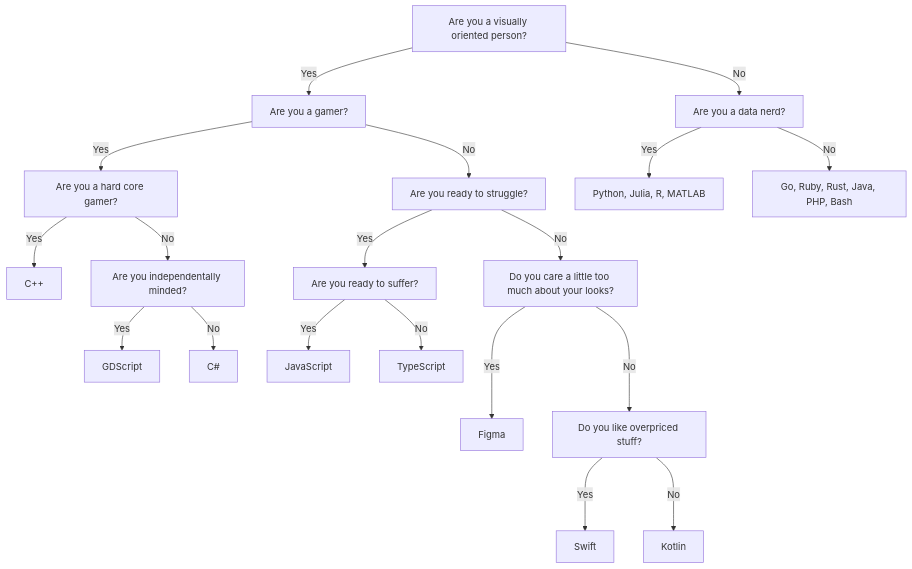
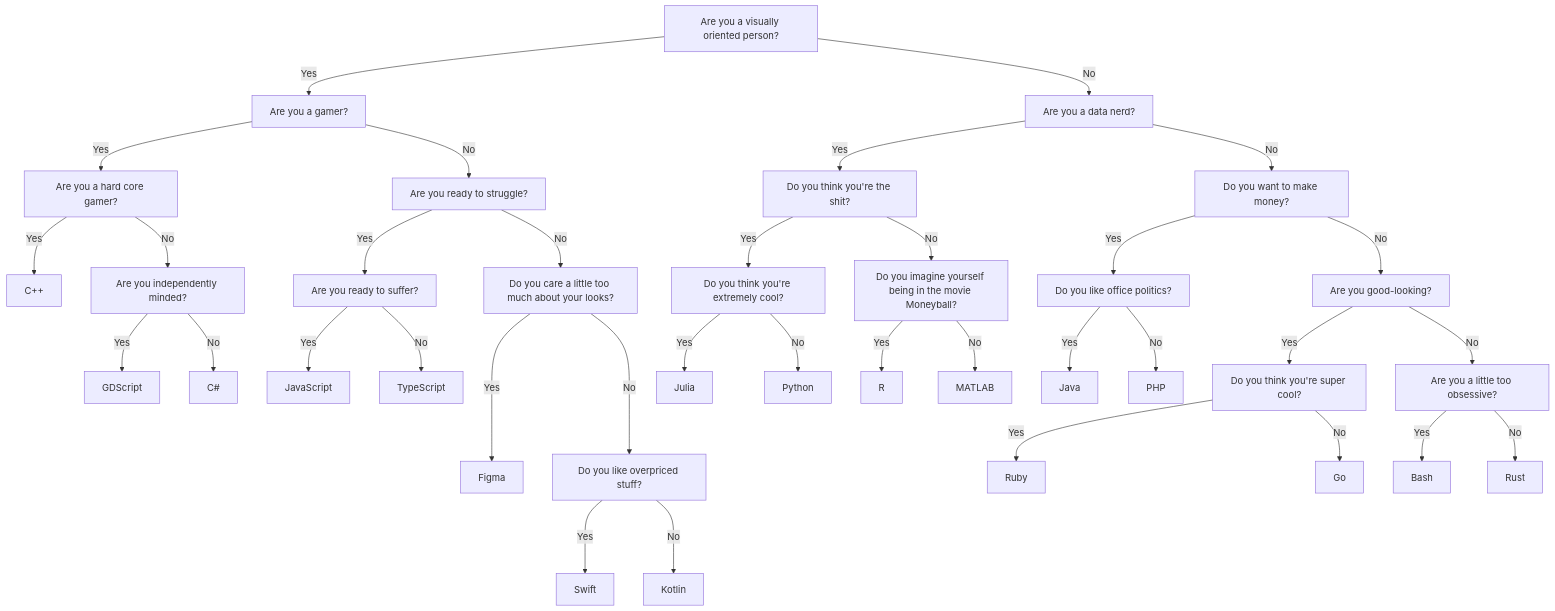
One commit to ykdojo/OpenStream changed the diagram in chart.md. Above: the diagram before and after it, drawn with Mermaid. The commit also changed other lines of this file, not shown here.

````diff
--- a/chart.md
+++ b/chart.md
@@ -1,21 +1,37 @@
 ```mermaid
 graph TD;
     Start[Are you a visually oriented person?] --> |Yes| Visual[Are you a gamer?]
         Visual --> |Yes| Gamer[Are you a hard core gamer?]
             Gamer --> |Yes| Hard-core-gamer[C++]
-            Gamer --> |No| Soft-core-gamer[Are you independentally minded?]
+            Gamer --> |No| Soft-core-gamer[Are you independently minded?]
                 Soft-core-gamer --> |Yes| gd-script[GDScript]
                 Soft-core-gamer --> |No| c-sharp[C#]
         Visual --> |No| Non-gamer[Are you ready to struggle?]
             Non-gamer --> |Yes| Struggle[Are you ready to suffer?]
                 Struggle --> |Yes| JS[JavaScript]
                 Struggle --> |No| TS[TypeScript]
             Non-gamer --> |No| No-struggle[Do you care a little too much about your looks?]
                     No-struggle ---> |Yes| Figma[Figma]
                     No-struggle ---> |No| Mobile[Do you like overpriced stuff?]
                         Mobile ---> |Yes| Swift[Swift]
                         Mobile ---> |No| Kotlin[Kotlin]
     Start --> |No| Non-visual[Are you a data nerd?]
-        Non-visual --> |Yes| Data-nerd[Python, Julia, R, MATLAB]
-        Non-visual --> |No| Non-data-nerd[Go, Ruby, Rust, Java, PHP, Bash]
+        Non-visual --> |Yes| Data-nerd[Do you think you're the shit?]
+            Data-nerd --> |Yes| Python-Julia[Do you think you're extremely cool?]
+                Python-Julia --> |Yes| Julia[Julia]
+                Python-Julia --> |No| Python[Python]
+            Data-nerd --> |No| R-MATLAB[Do you imagine yourself being in the movie Moneyball?]
+                R-MATLAB --> |Yes| R[R]
+                R-MATLAB --> |No| MATLAB[MATLAB]
+        Non-visual --> |No| Non-data-nerd[Do you want to make money?]
+            Non-data-nerd --> |Yes| Java-PHP[Do you like office politics?]
+                Java-PHP --> |Yes| Java[Java]
+                Java-PHP --> |No| PHP[PHP]
+            Non-data-nerd --> |No| Go-Ruby-Bash-Rust[Are you good-looking?]
+                Go-Ruby-Bash-Rust --> |Yes| Go-Ruby[Do you think you're super cool?]
+                    Go-Ruby --> |Yes| Ruby[Ruby]
+                    Go-Ruby --> |No| Go[Go]
+                Go-Ruby-Bash-Rust --> |No| Bash-Rust[Are you a little too obsessive?]
+                    Bash-Rust --> |Yes| Bash[Bash]
+                    Bash-Rust --> |No| Rust[Rust]
 ```
````
